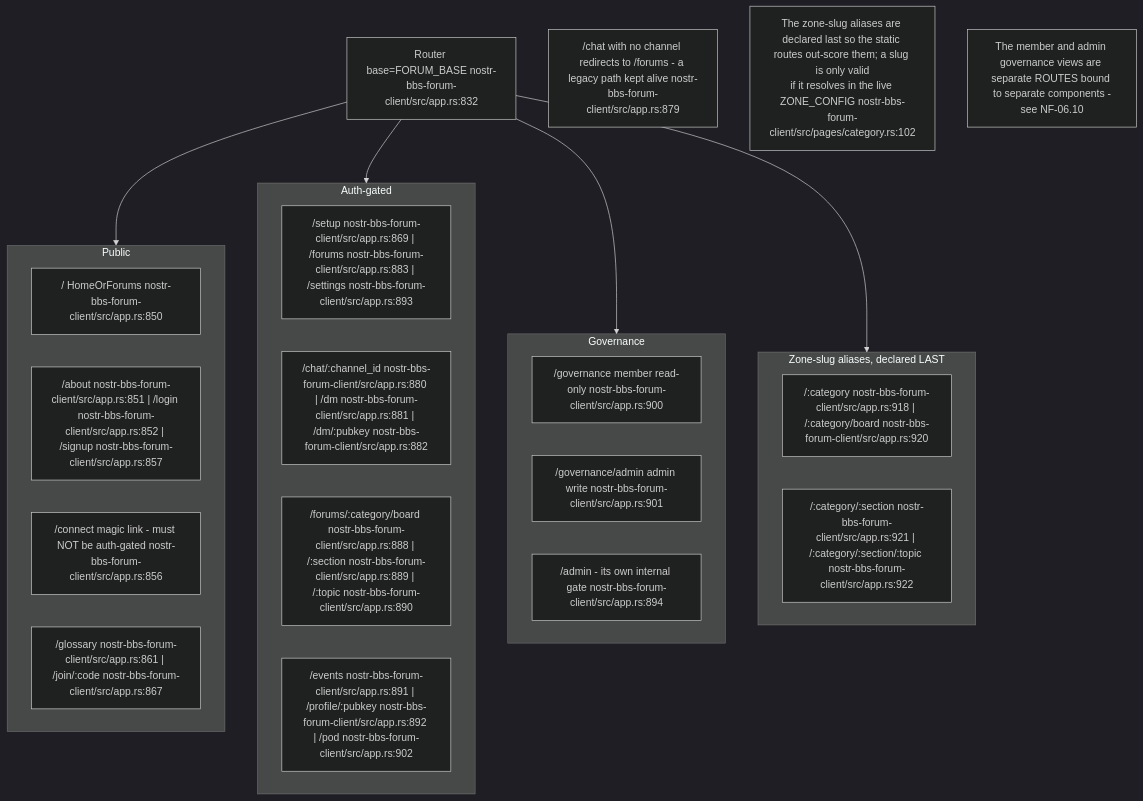
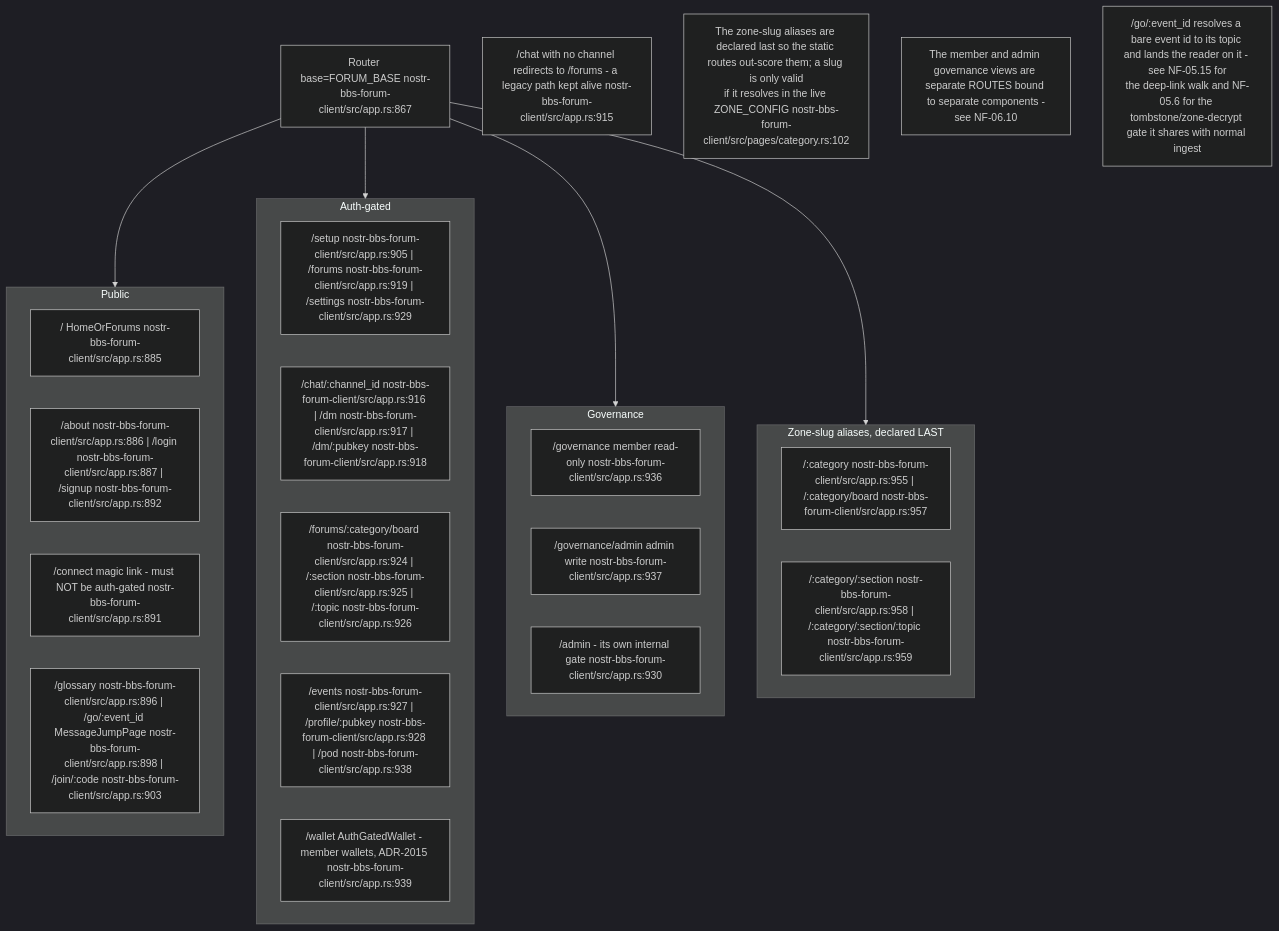
One commit to DreamLab-AI/VisionFlow changed the second of 16 diagrams in docs/diagrams/nostr-rust-forum/05-leptos-clients-onboarding-messaging-governance.md. Above: the diagram before and after it, drawn with Mermaid (dark theme). The commit also changed other lines of this file and 136 other files, not shown here.

First line of the commit message:
docs(diagrams): refresh the whole corpus to code HEAD and prune low-value diagrams

````diff
--- a/docs/diagrams/nostr-rust-forum/05-leptos-clients-onboarding-messaging-governance.md
+++ b/docs/diagrams/nostr-rust-forum/05-leptos-clients-onboarding-messaging-governance.md
@@ -88,30 +94,32 @@
 ```mermaid
 flowchart TB
     subgraph pubroutes["Public"]
-        R1["/ HomeOrForums nostr-bbs-forum-client/src/app.rs:850"]
-        R2["/about nostr-bbs-forum-client/src/app.rs:851 | /login nostr-bbs-forum-client/src/app.rs:852 | /signup nostr-bbs-forum-client/src/app.rs:857"]
-        R3["/connect magic link - must NOT be auth-gated nostr-bbs-forum-client/src/app.rs:856"]
-        R4["/glossary nostr-bbs-forum-client/src/app.rs:861 | /join/:code nostr-bbs-forum-client/src/app.rs:867"]
+        R1["/ HomeOrForums nostr-bbs-forum-client/src/app.rs:885"]
+        R2["/about nostr-bbs-forum-client/src/app.rs:886 | /login nostr-bbs-forum-client/src/app.rs:887 | /signup nostr-bbs-forum-client/src/app.rs:892"]
+        R3["/connect magic link - must NOT be auth-gated nostr-bbs-forum-client/src/app.rs:891"]
+        R4["/glossary nostr-bbs-forum-client/src/app.rs:896 | /go/:event_id MessageJumpPage nostr-bbs-forum-client/src/app.rs:898 | /join/:code nostr-bbs-forum-client/src/app.rs:903"]
     end
     subgraph authed["Auth-gated"]
-        R5["/setup nostr-bbs-forum-client/src/app.rs:869 | /forums nostr-bbs-forum-client/src/app.rs:883 | /settings nostr-bbs-forum-client/src/app.rs:893"]
-        R6["/chat/:channel_id nostr-bbs-forum-client/src/app.rs:880 | /dm nostr-bbs-forum-client/src/app.rs:881 | /dm/:pubkey nostr-bbs-forum-client/src/app.rs:882"]
-        R7["/forums/:category/board nostr-bbs-forum-client/src/app.rs:888 | /:section nostr-bbs-forum-client/src/app.rs:889 | /:topic nostr-bbs-forum-client/src/app.rs:890"]
-        R8["/events nostr-bbs-forum-client/src/app.rs:891 | /profile/:pubkey nostr-bbs-forum-client/src/app.rs:892 | /pod nostr-bbs-forum-client/src/app.rs:902"]
+        R5["/setup nostr-bbs-forum-client/src/app.rs:905 | /forums nostr-bbs-forum-client/src/app.rs:919 | /settings nostr-bbs-forum-client/src/app.rs:929"]
+        R6["/chat/:channel_id nostr-bbs-forum-client/src/app.rs:916 | /dm nostr-bbs-forum-client/src/app.rs:917 | /dm/:pubkey nostr-bbs-forum-client/src/app.rs:918"]
+        R7["/forums/:category/board nostr-bbs-forum-client/src/app.rs:924 | /:section nostr-bbs-forum-client/src/app.rs:925 | /:topic nostr-bbs-forum-client/src/app.rs:926"]
+        R8["/events nostr-bbs-forum-client/src/app.rs:927 | /profile/:pubkey nostr-bbs-forum-client/src/app.rs:928 | /pod nostr-bbs-forum-client/src/app.rs:938"]
+        R14["/wallet AuthGatedWallet - member wallets, ADR-2015 nostr-bbs-forum-client/src/app.rs:939"]
     end
     subgraph gov["Governance"]
-        R9["/governance member read-only nostr-bbs-forum-client/src/app.rs:900"]
-        R10["/governance/admin admin write nostr-bbs-forum-client/src/app.rs:901"]
-        R11["/admin - its own internal gate nostr-bbs-forum-client/src/app.rs:894"]
+        R9["/governance member read-only nostr-bbs-forum-client/src/app.rs:936"]
+        R10["/governance/admin admin write nostr-bbs-forum-client/src/app.rs:937"]
+        R11["/admin - its own internal gate nostr-bbs-forum-client/src/app.rs:930"]
     end
     subgraph zonealias["Zone-slug aliases, declared LAST"]
-        R12["/:category nostr-bbs-forum-client/src/app.rs:918 | /:category/board nostr-bbs-forum-client/src/app.rs:920"]
-        R13["/:category/:section nostr-bbs-forum-client/src/app.rs:921 | /:category/:section/:topic nostr-bbs-forum-client/src/app.rs:922"]
+        R12["/:category nostr-bbs-forum-client/src/app.rs:955 | /:category/board nostr-bbs-forum-client/src/app.rs:957"]
+        R13["/:category/:section nostr-bbs-forum-client/src/app.rs:958 | /:category/:section/:topic nostr-bbs-forum-client/src/app.rs:959"]
     end
 
-    ROUTER["Router base=FORUM_BASE nostr-bbs-forum-client/src/app.rs:832"] --> pubroutes & authed & gov & zonealias
+    ROUTER["Router base=FORUM_BASE nostr-bbs-forum-client/src/app.rs:867"] --> pubroutes & authed & gov & zonealias
 
-    N1["/chat with no channel redirects to /forums - a legacy path kept alive nostr-bbs-forum-client/src/app.rs:879"]
+    N1["/chat with no channel redirects to /forums - a legacy path kept alive nostr-bbs-forum-client/src/app.rs:915"]
     N2["The zone-slug aliases are declared last so the static routes out-score them; a slug is only valid<br/>if it resolves in the live ZONE_CONFIG nostr-bbs-forum-client/src/pages/category.rs:102"]
     N3["The member and admin governance views are separate ROUTES bound to separate components -<br/>see NF-06.10"]
+    N4["/go/:event_id resolves a bare event id to its topic and lands the reader on it - see NF-05.15 for<br/>the deep-link walk and NF-05.6 for the tombstone/zone-decrypt gate it shares with normal ingest"]
 ```
````
